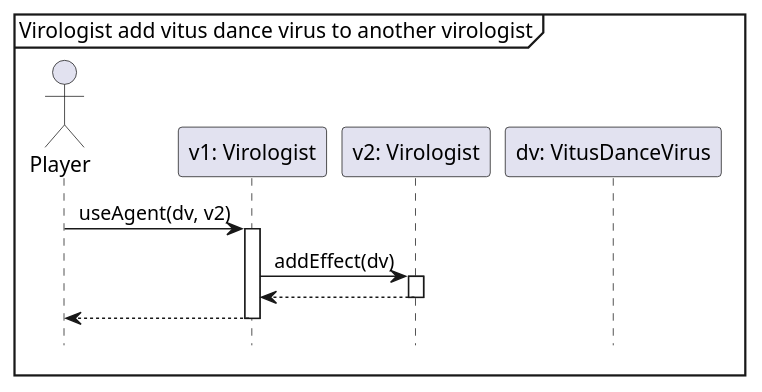
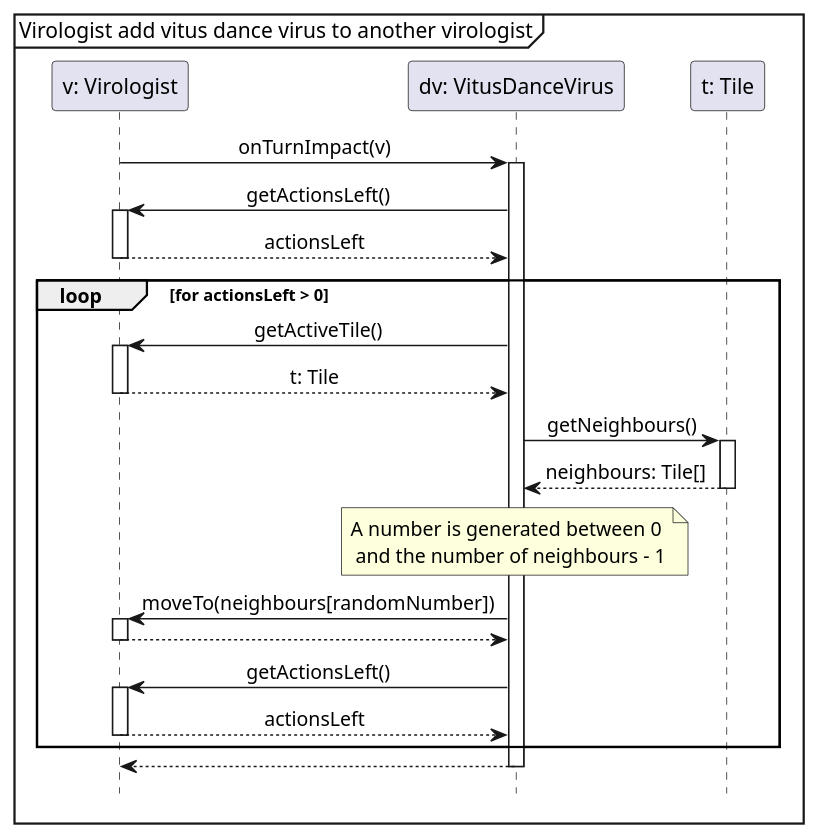
One commit to Tschonti/503-service-unavailable changed the diagram in docs/seqDiagrams/vitusDanceVirus.puml. Above: the diagram before and after it, drawn with PlantUML. The commit also changed 1 other file, not shown here.

```diff
--- a/docs/seqDiagrams/vitusDanceVirus.puml
+++ b/docs/seqDiagrams/vitusDanceVirus.puml
@@ -1,18 +1,27 @@
 @startuml
 'https://plantuml.com/sequence-diagram
 
 hide footbox
 skinparam sequenceMessageAlign center
 mainframe Virologist add vitus dance virus to another virologist
 
-actor Player as p1
+participant "v: Virologist" as v
+participant "dv: VitusDanceVirus" as dv
+participant "t: Tile" as t
 
-participant "v1: Virologist" as v1
-participant "v2: Virologist" as v2
-participant "dv: VitusDanceVirus" as dv
-
-p1 -> v1 ++: useAgent(dv, v2)
-v1 -> v2 ++: addEffect(dv)
-return
+v -> dv ++: onTurnImpact(v)
+    dv -> v ++: getActionsLeft()
+    return actionsLeft
+    loop for actionsLeft > 0
+        dv -> v ++: getActiveTile()
+        return t: Tile
+        dv -> t ++: getNeighbours()
+        return neighbours: Tile[]
+        note over dv: A number is generated between 0\n and the number of neighbours - 1
+        dv -> v ++: moveTo(neighbours[randomNumber])
+        return
+        dv -> v ++: getActionsLeft()
+        return actionsLeft
+    end
 return
 @enduml
```
